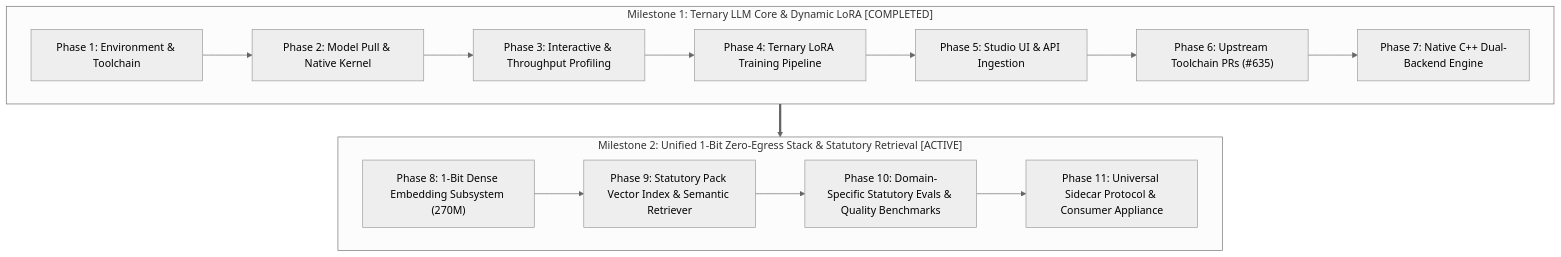
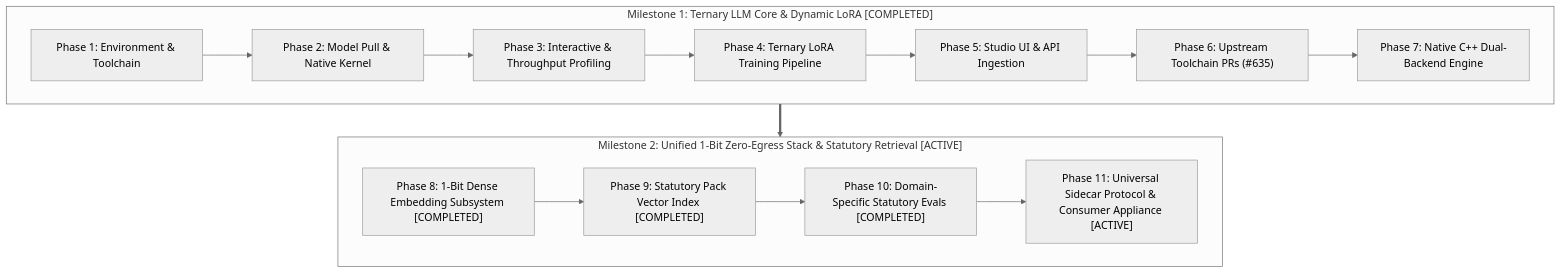
Before and after one commit to knowthankyew/event-driven-ftaas: the second of 2 diagrams in docs/ROADMAP.md, drawn with Mermaid (neutral theme). The commit also changed other lines of this file and 8 other files, not shown here.

````diff
--- a/docs/ROADMAP.md
+++ b/docs/ROADMAP.md
@@ -104,22 +104,22 @@
 ```mermaid
 flowchart TD
     subgraph M1["Milestone 1: Ternary LLM Core & Dynamic LoRA [COMPLETED]"]
         P1["Phase 1: Environment & Toolchain"] --> P2["Phase 2: Model Pull & Native Kernel"]
         P2 --> P3["Phase 3: Interactive & Throughput Profiling"]
         P3 --> P4["Phase 4: Ternary LoRA Training Pipeline"]
         P4 --> P5["Phase 5: Studio UI & API Ingestion"]
         P5 --> P6["Phase 6: Upstream Toolchain PRs (#635)"]
         P6 --> P7["Phase 7: Native C++ Dual-Backend Engine"]
     end
 
     subgraph M2["Milestone 2: Unified 1-Bit Zero-Egress Stack & Statutory Retrieval [ACTIVE]"]
-        P8["Phase 8: 1-Bit Dense Embedding Subsystem (270M)"]
-        P9["Phase 9: Statutory Pack Vector Index & Semantic Retriever"]
-        P10["Phase 10: Domain-Specific Statutory Evals & Quality Benchmarks"]
-        P11["Phase 11: Universal Sidecar Protocol & Consumer Appliance"]
+        P8["Phase 8: 1-Bit Dense Embedding Subsystem [COMPLETED]"]
+        P9["Phase 9: Statutory Pack Vector Index [COMPLETED]"]
+        P10["Phase 10: Domain-Specific Statutory Evals [COMPLETED]"]
+        P11["Phase 11: Universal Sidecar Protocol & Consumer Appliance [ACTIVE]"]
         
         P8 --> P9 --> P10 --> P11
     end
 
     M1 ==> M2
 ```
````
